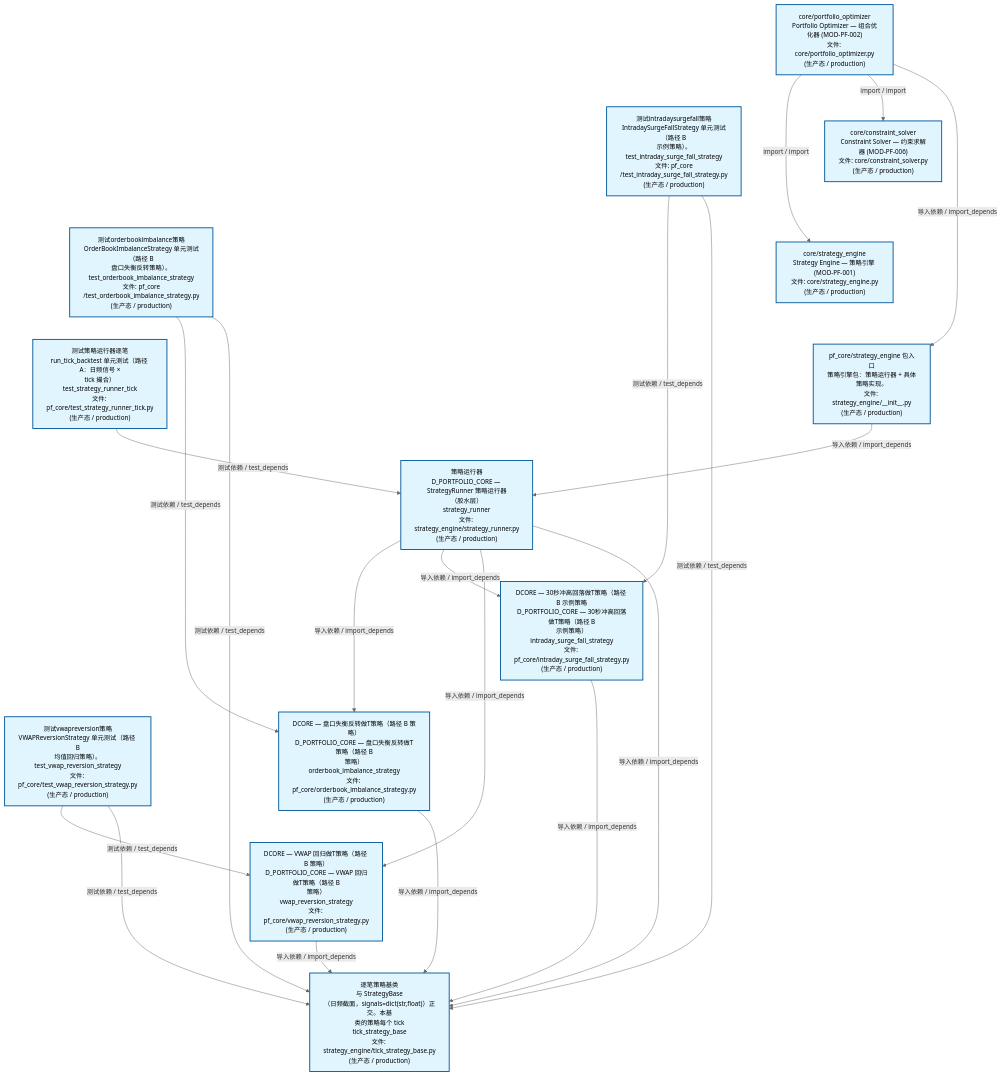
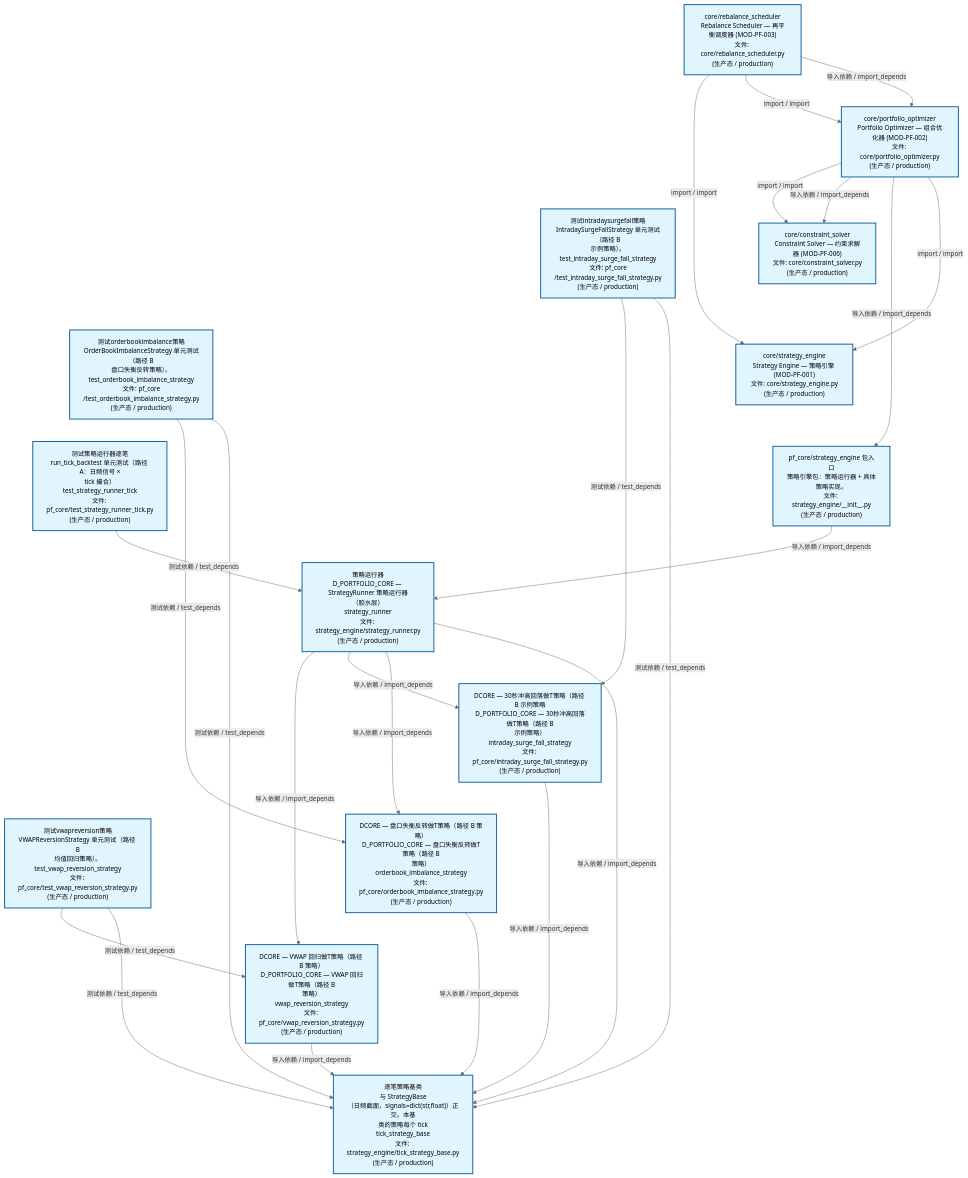
The second of 4 diagrams in docs/02_enterprise_architecture/02_domain_architecture_docs/63_d_pf_core.md (xuanFelixVan/ZephyrAlpha), drawn with Mermaid before and after one commit. The commit also changed other lines of this file and 44 other files, not shown here.

````diff
--- a/docs/02_enterprise_architecture/02_domain_architecture_docs/63_d_pf_core.md
+++ b/docs/02_enterprise_architecture/02_domain_architecture_docs/63_d_pf_core.md
@@ -139,48 +140,53 @@
 ```mermaid
 %%{init: {'theme': 'base', 'themeVariables': {'primaryColor': '#eaeaea', 'primaryTextColor': '#333333', 'primaryBorderColor': '#666666', 'lineColor': '#666666', 'secondaryColor': '#eaeaea', 'tertiaryColor': '#eaeaea', 'fontSize': '14px'}}}%%
 flowchart TD
-    src_zephyr_pf_core_core_portfolio_optimizer_py["core/portfolio_optimizer<br/>Portfolio Optimizer — 组合优化器 (MOD-PF-002)<br/>文件: core/portfolio_optimizer.py<br/>(生产态 / production)"]
+    src_zephyr_pf_core_core_rebalance_scheduler_py["core/rebalance_scheduler<br/>Rebalance Scheduler — 再平衡调度器 (MOD-PF-003)<br/>文件: core/rebalance_scheduler.py<br/>(生产态 / production)"]
     tests_pf_core_test_intraday_surge_fall_strategy_py["测试intradaysurgefall策略<br/>IntradaySurgeFallStrategy 单元测试（路径 B<br/>示例策略）。<br/>test_intraday_surge_fall_strategy<br/>文件: pf_core<br/>/test_intraday_surge_fall_strategy.py<br/>(生产态 / production)"]
     tests_pf_core_test_orderbook_imbalance_strategy_py["测试orderbookimbalance策略<br/>OrderBookImbalanceStrategy 单元测试（路径 B<br/>盘口失衡反转策略）。<br/>test_orderbook_imbalance_strategy<br/>文件: pf_core<br/>/test_orderbook_imbalance_strategy.py<br/>(生产态 / production)"]
     tests_pf_core_test_strategy_runner_tick_py["测试策略运行器逐笔<br/>run_tick_backtest 单元测试（路径 A：日频信号 ×<br/>tick 撮合）<br/>test_strategy_runner_tick<br/>文件: pf_core/test_strategy_runner_tick.py<br/>(生产态 / production)"]
     tests_pf_core_test_vwap_reversion_strategy_py["测试vwapreversion策略<br/>VWAPReversionStrategy 单元测试（路径 B<br/>均值回归策略）。<br/>test_vwap_reversion_strategy<br/>文件: pf_core/test_vwap_reversion_strategy.py<br/>(生产态 / production)"]
-    src_zephyr_pf_core_core_portfolio_optimizer_py ~~~ tests_pf_core_test_intraday_surge_fall_strategy_py
+    src_zephyr_pf_core_core_rebalance_scheduler_py ~~~ tests_pf_core_test_intraday_surge_fall_strategy_py
     tests_pf_core_test_intraday_surge_fall_strategy_py ~~~ tests_pf_core_test_orderbook_imbalance_strategy_py
     tests_pf_core_test_orderbook_imbalance_strategy_py ~~~ tests_pf_core_test_strategy_runner_tick_py
     tests_pf_core_test_strategy_runner_tick_py ~~~ tests_pf_core_test_vwap_reversion_strategy_py
+    src_zephyr_pf_core_core_portfolio_optimizer_py["core/portfolio_optimizer<br/>Portfolio Optimizer — 组合优化器 (MOD-PF-002)<br/>文件: core/portfolio_optimizer.py<br/>(生产态 / production)"]
     src_zephyr_pf_core_core_constraint_solver_py["core/constraint_solver<br/>Constraint Solver — 约束求解器 (MOD-PF-006)<br/>文件: core/constraint_solver.py<br/>(生产态 / production)"]
     src_zephyr_pf_core_core_strategy_engine_py["core/strategy_engine<br/>Strategy Engine — 策略引擎 (MOD-PF-001)<br/>文件: core/strategy_engine.py<br/>(生产态 / production)"]
     src_zephyr_pf_core_strategy_engine_init_py["pf_core/strategy_engine 包入口<br/>策略引擎包：策略运行器 + 具体策略实现。<br/>文件: strategy_engine/__init__.py<br/>(生产态 / production)"]
     src_zephyr_pf_core_core_constraint_solver_py ~~~ src_zephyr_pf_core_core_strategy_engine_py
     src_zephyr_pf_core_core_strategy_engine_py ~~~ src_zephyr_pf_core_strategy_engine_init_py
     src_zephyr_pf_core_strategy_engine_strategy_runner_py["策略运行器<br/>D_PORTFOLIO_CORE — StrategyRunner 策略运行器<br/>（胶水层）<br/>strategy_runner<br/>文件: strategy_engine/strategy_runner.py<br/>(生产态 / production)"]
     src_zephyr_pf_core_intraday_surge_fall_strategy_py["DCORE — 30秒冲高回落做T策略（路径 B 示例策略<br/>D_PORTFOLIO_CORE — 30秒冲高回落做T策略（路径 B<br/>示例策略）<br/>intraday_surge_fall_strategy<br/>文件: pf_core/intraday_surge_fall_strategy.py<br/>(生产态 / production)"]
     src_zephyr_pf_core_orderbook_imbalance_strategy_py["DCORE — 盘口失衡反转做T策略（路径 B 策略）<br/>D_PORTFOLIO_CORE — 盘口失衡反转做T策略（路径 B<br/>策略）<br/>orderbook_imbalance_strategy<br/>文件: pf_core/orderbook_imbalance_strategy.py<br/>(生产态 / production)"]
     src_zephyr_pf_core_vwap_reversion_strategy_py["DCORE — VWAP 回归做T策略（路径 B 策略）<br/>D_PORTFOLIO_CORE — VWAP 回归做T策略（路径 B<br/>策略）<br/>vwap_reversion_strategy<br/>文件: pf_core/vwap_reversion_strategy.py<br/>(生产态 / production)"]
     src_zephyr_pf_core_intraday_surge_fall_strategy_py ~~~ src_zephyr_pf_core_orderbook_imbalance_strategy_py
     src_zephyr_pf_core_orderbook_imbalance_strategy_py ~~~ src_zephyr_pf_core_vwap_reversion_strategy_py
     src_zephyr_pf_core_strategy_engine_tick_strategy_base_py["逐笔策略基类<br/>与 StrategyBase<br/>（日频截面，signals=dict(str,float)）正交。本基<br/>类的策略每个 tick<br/>tick_strategy_base<br/>文件: strategy_engine/tick_strategy_base.py<br/>(生产态 / production)"]
+    src_zephyr_pf_core_vwap_reversion_strategy_py -->|导入依赖 / import_depends| src_zephyr_pf_core_strategy_engine_tick_strategy_base_py
+    src_zephyr_pf_core_intraday_surge_fall_strategy_py -->|导入依赖 / import_depends| src_zephyr_pf_core_strategy_engine_tick_strategy_base_py
+    src_zephyr_pf_core_orderbook_imbalance_strategy_py -->|导入依赖 / import_depends| src_zephyr_pf_core_strategy_engine_tick_strategy_base_py
+    src_zephyr_pf_core_strategy_engine_strategy_runner_py -->|导入依赖 / import_depends| src_zephyr_pf_core_vwap_reversion_strategy_py
+    src_zephyr_pf_core_strategy_engine_strategy_runner_py -->|导入依赖 / import_depends| src_zephyr_pf_core_intraday_surge_fall_strategy_py
+    src_zephyr_pf_core_strategy_engine_strategy_runner_py -->|导入依赖 / import_depends| src_zephyr_pf_core_orderbook_imbalance_strategy_py
+    src_zephyr_pf_core_strategy_engine_strategy_runner_py -->|导入依赖 / import_depends| src_zephyr_pf_core_strategy_engine_tick_strategy_base_py
+    src_zephyr_pf_core_strategy_engine_init_py -->|导入依赖 / import_depends| src_zephyr_pf_core_strategy_engine_strategy_runner_py
+    src_zephyr_pf_core_core_rebalance_scheduler_py -->|import / import| src_zephyr_pf_core_core_strategy_engine_py
+    src_zephyr_pf_core_core_rebalance_scheduler_py -->|import / import| src_zephyr_pf_core_core_portfolio_optimizer_py
+    src_zephyr_pf_core_core_rebalance_scheduler_py -->|导入依赖 / import_depends| src_zephyr_pf_core_core_portfolio_optimizer_py
+    src_zephyr_pf_core_core_portfolio_optimizer_py -->|import / import| src_zephyr_pf_core_core_constraint_solver_py
+    src_zephyr_pf_core_core_portfolio_optimizer_py -->|导入依赖 / import_depends| src_zephyr_pf_core_core_constraint_solver_py
+    src_zephyr_pf_core_core_portfolio_optimizer_py -->|导入依赖 / import_depends| src_zephyr_pf_core_strategy_engine_init_py
     src_zephyr_pf_core_core_portfolio_optimizer_py -->|import / import| src_zephyr_pf_core_core_strategy_engine_py
-    src_zephyr_pf_core_core_portfolio_optimizer_py -->|import / import| src_zephyr_pf_core_core_constraint_solver_py
-    src_zephyr_pf_core_core_portfolio_optimizer_py -->|导入依赖 / import_depends| src_zephyr_pf_core_strategy_engine_init_py
-    src_zephyr_pf_core_orderbook_imbalance_strategy_py -->|导入依赖 / import_depends| src_zephyr_pf_core_strategy_engine_tick_strategy_base_py
-    src_zephyr_pf_core_intraday_surge_fall_strategy_py -->|导入依赖 / import_depends| src_zephyr_pf_core_strategy_engine_tick_strategy_base_py
-    src_zephyr_pf_core_vwap_reversion_strategy_py -->|导入依赖 / import_depends| src_zephyr_pf_core_strategy_engine_tick_strategy_base_py
-    src_zephyr_pf_core_strategy_engine_init_py -->|导入依赖 / import_depends| src_zephyr_pf_core_strategy_engine_strategy_runner_py
-    src_zephyr_pf_core_strategy_engine_strategy_runner_py -->|导入依赖 / import_depends| src_zephyr_pf_core_orderbook_imbalance_strategy_py
-    src_zephyr_pf_core_strategy_engine_strategy_runner_py -->|导入依赖 / import_depends| src_zephyr_pf_core_intraday_surge_fall_strategy_py
-    src_zephyr_pf_core_strategy_engine_strategy_runner_py -->|导入依赖 / import_depends| src_zephyr_pf_core_vwap_reversion_strategy_py
-    src_zephyr_pf_core_strategy_engine_strategy_runner_py -->|导入依赖 / import_depends| src_zephyr_pf_core_strategy_engine_tick_strategy_base_py
+    tests_pf_core_test_intraday_surge_fall_strategy_py -->|测试依赖 / test_depends| src_zephyr_pf_core_intraday_surge_fall_strategy_py
+    tests_pf_core_test_intraday_surge_fall_strategy_py -->|测试依赖 / test_depends| src_zephyr_pf_core_strategy_engine_tick_strategy_base_py
     tests_pf_core_test_strategy_runner_tick_py -->|测试依赖 / test_depends| src_zephyr_pf_core_strategy_engine_strategy_runner_py
     tests_pf_core_test_orderbook_imbalance_strategy_py -->|测试依赖 / test_depends| src_zephyr_pf_core_orderbook_imbalance_strategy_py
     tests_pf_core_test_orderbook_imbalance_strategy_py -->|测试依赖 / test_depends| src_zephyr_pf_core_strategy_engine_tick_strategy_base_py
     tests_pf_core_test_vwap_reversion_strategy_py -->|测试依赖 / test_depends| src_zephyr_pf_core_vwap_reversion_strategy_py
     tests_pf_core_test_vwap_reversion_strategy_py -->|测试依赖 / test_depends| src_zephyr_pf_core_strategy_engine_tick_strategy_base_py
-    tests_pf_core_test_intraday_surge_fall_strategy_py -->|测试依赖 / test_depends| src_zephyr_pf_core_intraday_surge_fall_strategy_py
-    tests_pf_core_test_intraday_surge_fall_strategy_py -->|测试依赖 / test_depends| src_zephyr_pf_core_strategy_engine_tick_strategy_base_py
     classDef production fill:#e1f5fe,stroke:#01579b,stroke-width:2px,color:#000
     classDef design fill:#fff3e0,stroke:#e65100,stroke-width:2px,color:#000,stroke-dasharray: 5 5
     classDef external_prod fill:#e8f4fd,stroke:#0277bd,stroke-width:1px,color:#000
     classDef external_design fill:#fff8e7,stroke:#ef6c00,stroke-width:1px,color:#000,stroke-dasharray: 5 5
-    class src_zephyr_pf_core_core_constraint_solver_py,src_zephyr_pf_core_core_portfolio_optimizer_py,src_zephyr_pf_core_core_strategy_engine_py,src_zephyr_pf_core_intraday_surge_fall_strategy_py,src_zephyr_pf_core_orderbook_imbalance_strategy_py,src_zephyr_pf_core_strategy_engine_init_py,src_zephyr_pf_core_strategy_engine_strategy_runner_py,src_zephyr_pf_core_strategy_engine_tick_strategy_base_py,src_zephyr_pf_core_vwap_reversion_strategy_py,tests_pf_core_test_intraday_surge_fall_strategy_py,tests_pf_core_test_orderbook_imbalance_strategy_py,tests_pf_core_test_strategy_runner_tick_py,tests_pf_core_test_vwap_reversion_strategy_py production
+    class src_zephyr_pf_core_core_constraint_solver_py,src_zephyr_pf_core_core_portfolio_optimizer_py,src_zephyr_pf_core_core_rebalance_scheduler_py,src_zephyr_pf_core_core_strategy_engine_py,src_zephyr_pf_core_intraday_surge_fall_strategy_py,src_zephyr_pf_core_orderbook_imbalance_strategy_py,src_zephyr_pf_core_strategy_engine_init_py,src_zephyr_pf_core_strategy_engine_strategy_runner_py,src_zephyr_pf_core_strategy_engine_tick_strategy_base_py,src_zephyr_pf_core_vwap_reversion_strategy_py,tests_pf_core_test_intraday_surge_fall_strategy_py,tests_pf_core_test_orderbook_imbalance_strategy_py,tests_pf_core_test_strategy_runner_tick_py,tests_pf_core_test_vwap_reversion_strategy_py production
 ```
````
